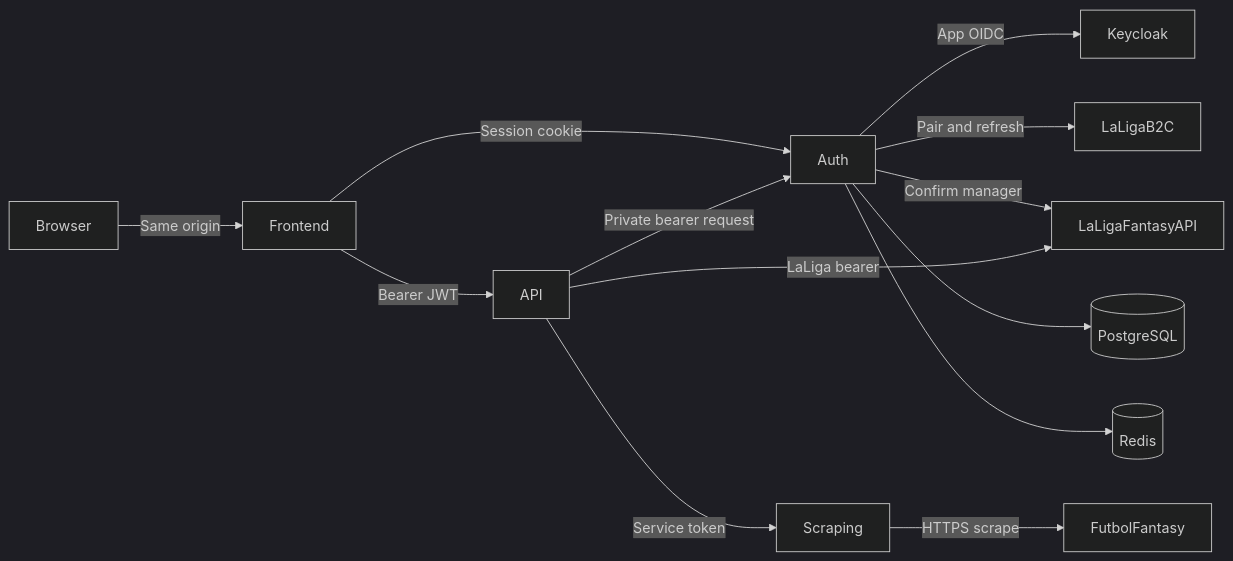
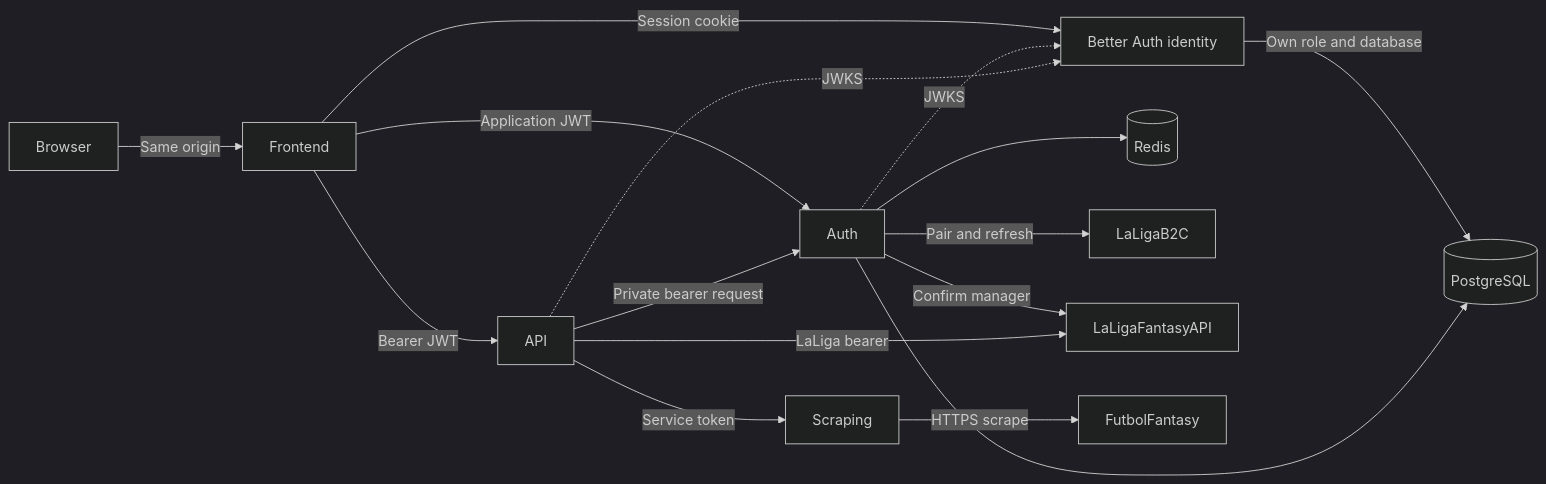
The first of 3 diagrams in docs/architecture.md (andreshere00/LaLiga-Fantasy-Builder), drawn with Mermaid (dark theme) before and after one commit. The commit also changed other lines of this file and 159 other files, not shown here.

Commit message:
refactor: change authentication method to use better auth instead of keycloak

````diff
--- a/docs/architecture.md
+++ b/docs/architecture.md
@@ -25,27 +25,30 @@
 ```mermaid
 flowchart LR
     Browser[Browser]
     Web[Frontend]
-    IdP[Keycloak]
+    IdP[Better Auth identity]
     Auth[Auth]
     Api[API]
     Postgres[(PostgreSQL)]
     Redis[(Redis)]
     LaligaIdP[LaLigaB2C]
     LaligaApi[LaLigaFantasyAPI]
     Scraping[Scraping]
     FutbolFantasy[FutbolFantasy]
 
     Browser -->|Same origin| Web
-    Web -->|Session cookie| Auth
+    Web -->|Session cookie| IdP
+    Web -->|Application JWT| Auth
     Web -->|Bearer JWT| Api
-    Auth -->|App OIDC| IdP
+    IdP -->|Own role and database| Postgres
+    Auth -.->|JWKS| IdP
+    Api -.->|JWKS| IdP
     Auth -->|Pair and refresh| LaligaIdP
     Auth -->|Confirm manager| LaligaApi
     Api -->|Private bearer request| Auth
     Api -->|LaLiga bearer| LaligaApi
     Api -->|Service token| Scraping
     Scraping -->|HTTPS scrape| FutbolFantasy
     Auth --> Postgres
     Auth --> Redis
 ```
````
